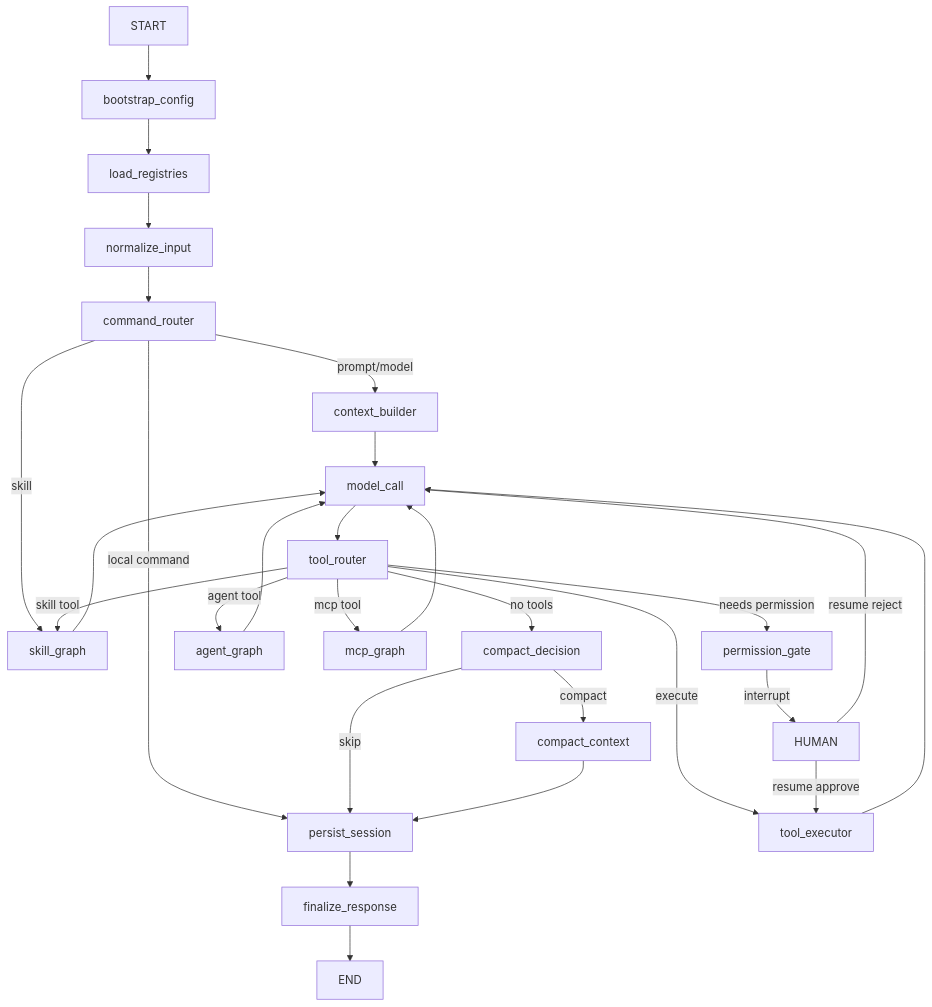
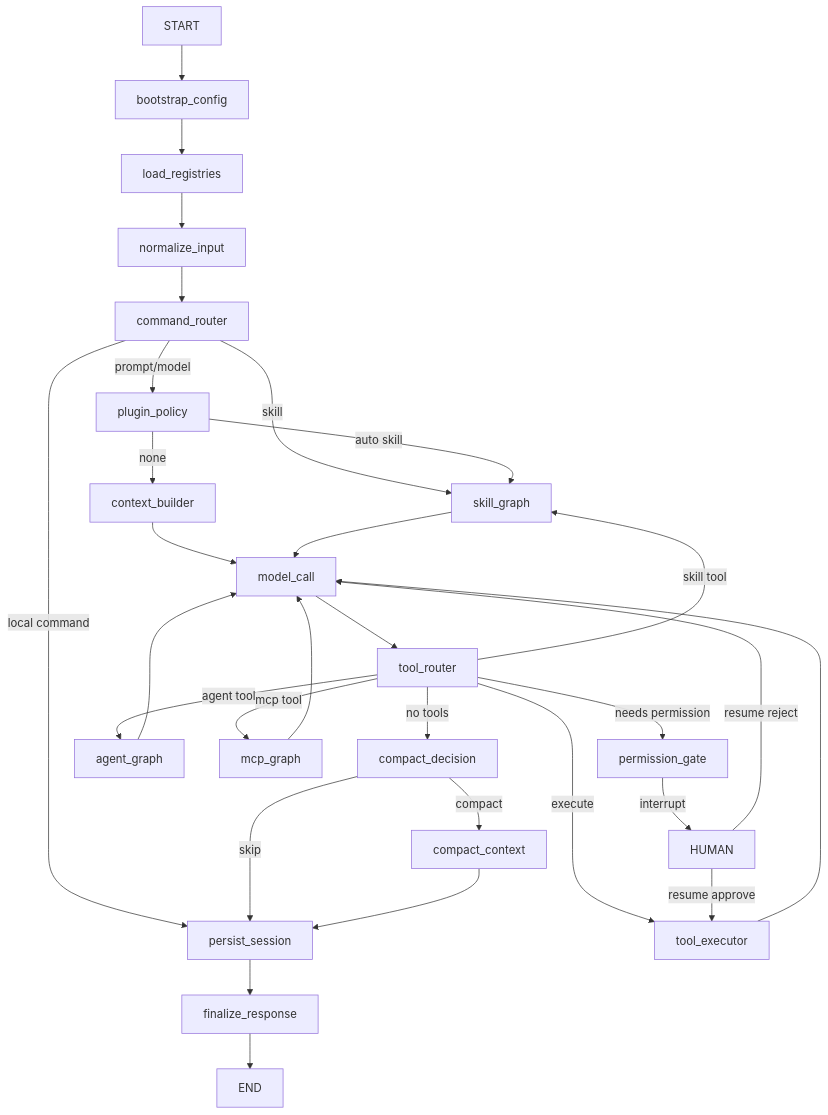
One commit to dimkablin/langraph-agent-blueprint changed the diagram in docs/GRAPH_ARCHITECTURE.md. Above: the diagram before and after it, drawn with Mermaid. The commit also changed other lines of this file and 36 other files, not shown here.

````diff
--- a/docs/GRAPH_ARCHITECTURE.md
+++ b/docs/GRAPH_ARCHITECTURE.md
@@ -7,30 +7,32 @@
 ```mermaid
 flowchart TD
     START --> bootstrap_config
     bootstrap_config --> load_registries
     load_registries --> normalize_input
     normalize_input --> command_router
     command_router -->|local command| persist_session
-    command_router -->|prompt/model| context_builder
+    command_router -->|prompt/model| plugin_policy
     command_router -->|skill| skill_graph
+    plugin_policy -->|auto skill| skill_graph
+    plugin_policy -->|none| context_builder
     context_builder --> model_call
     model_call --> tool_router
     tool_router -->|no tools| compact_decision
     tool_router -->|skill tool| skill_graph
     tool_router -->|agent tool| agent_graph
     tool_router -->|mcp tool| mcp_graph
     tool_router -->|needs permission| permission_gate
     tool_router -->|execute| tool_executor
     permission_gate -->|interrupt| HUMAN
     HUMAN -->|resume approve| tool_executor
     HUMAN -->|resume reject| model_call
     tool_executor --> model_call
     skill_graph --> model_call
     agent_graph --> model_call
     mcp_graph --> model_call
     compact_decision -->|compact| compact_context
     compact_decision -->|skip| persist_session
     compact_context --> persist_session
     persist_session --> finalize_response
     finalize_response --> END
 ```
````
